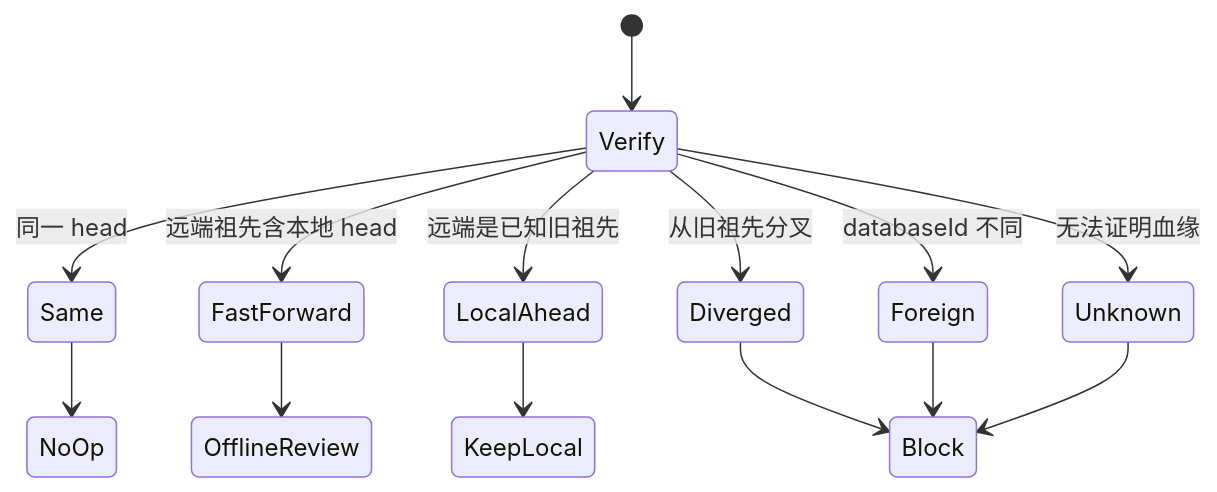
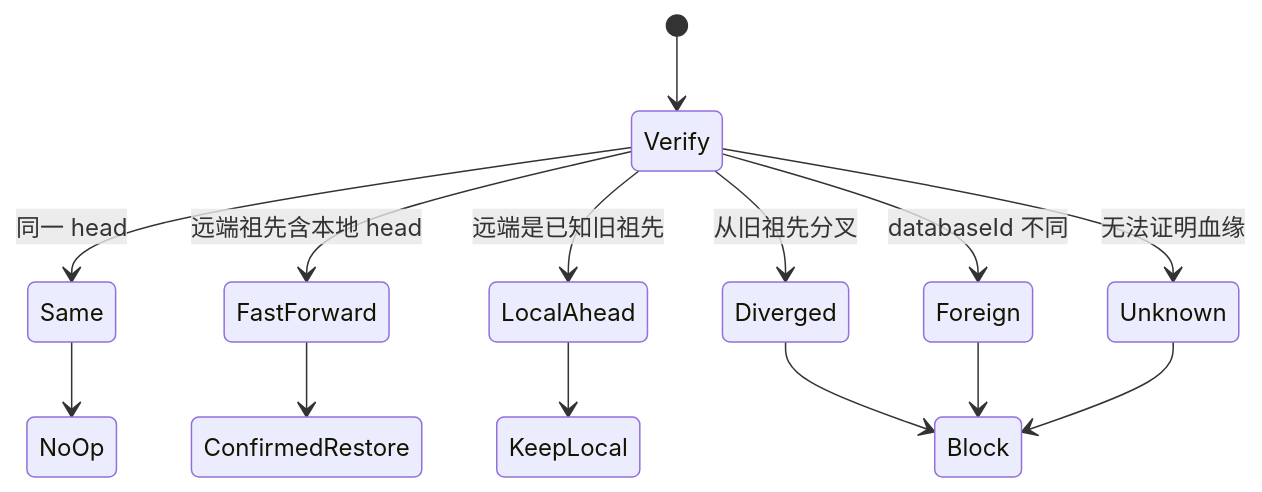
One commit to liuanye9-lab/codex-os-brain changed diagram 21 of 27 in README.md. Above: the diagram before and after it, drawn with Mermaid. The commit also changed other lines of this file and 17 other files, not shown here.

Commit message:
feat: add crash-safe restore and offline key recovery

````diff
--- a/README.md
+++ b/README.md
@@ -662,16 +664,16 @@
 ```mermaid
 stateDiagram-v2
   [*] --> Verify
   Verify --> Same: 同一 head
   Verify --> FastForward: 远端祖先含本地 head
   Verify --> LocalAhead: 远端是已知旧祖先
   Verify --> Diverged: 从旧祖先分叉
   Verify --> Foreign: databaseId 不同
   Verify --> Unknown: 无法证明血缘
   Same --> NoOp
-  FastForward --> OfflineReview
+  FastForward --> ConfirmedRestore
   LocalAhead --> KeepLocal
   Diverged --> Block
   Foreign --> Block
   Unknown --> Block
 ```
````
